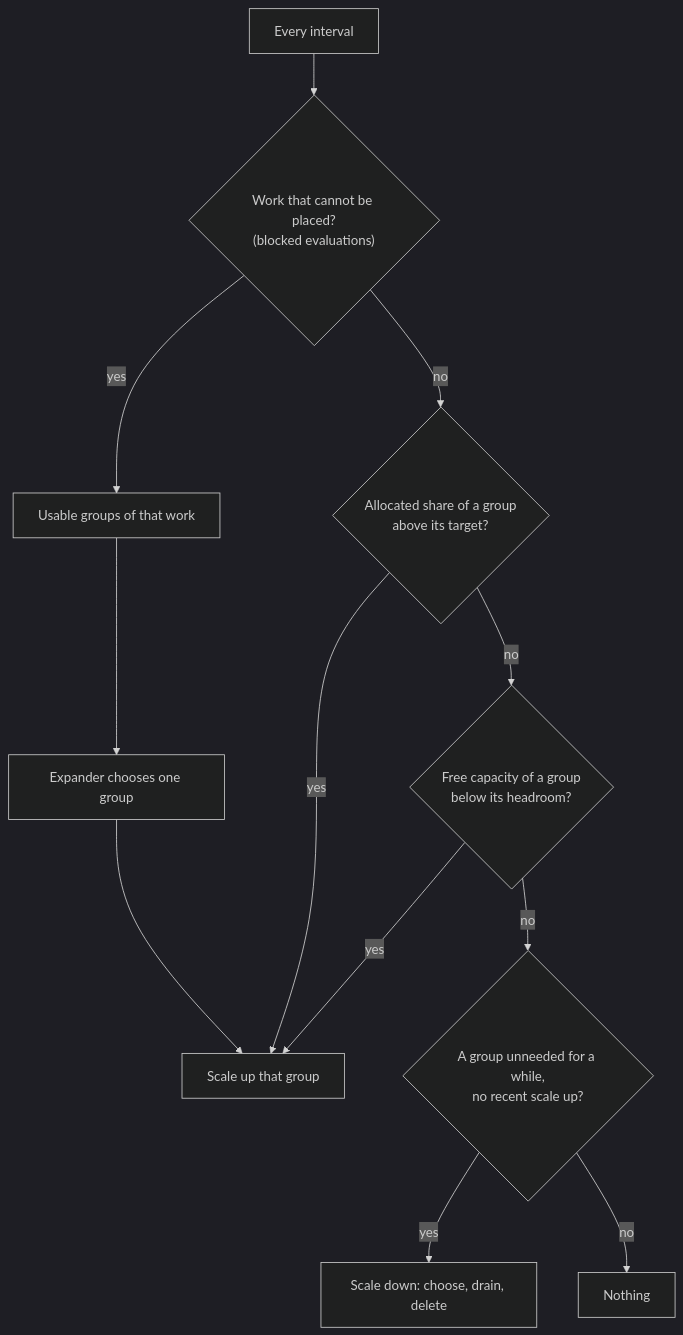
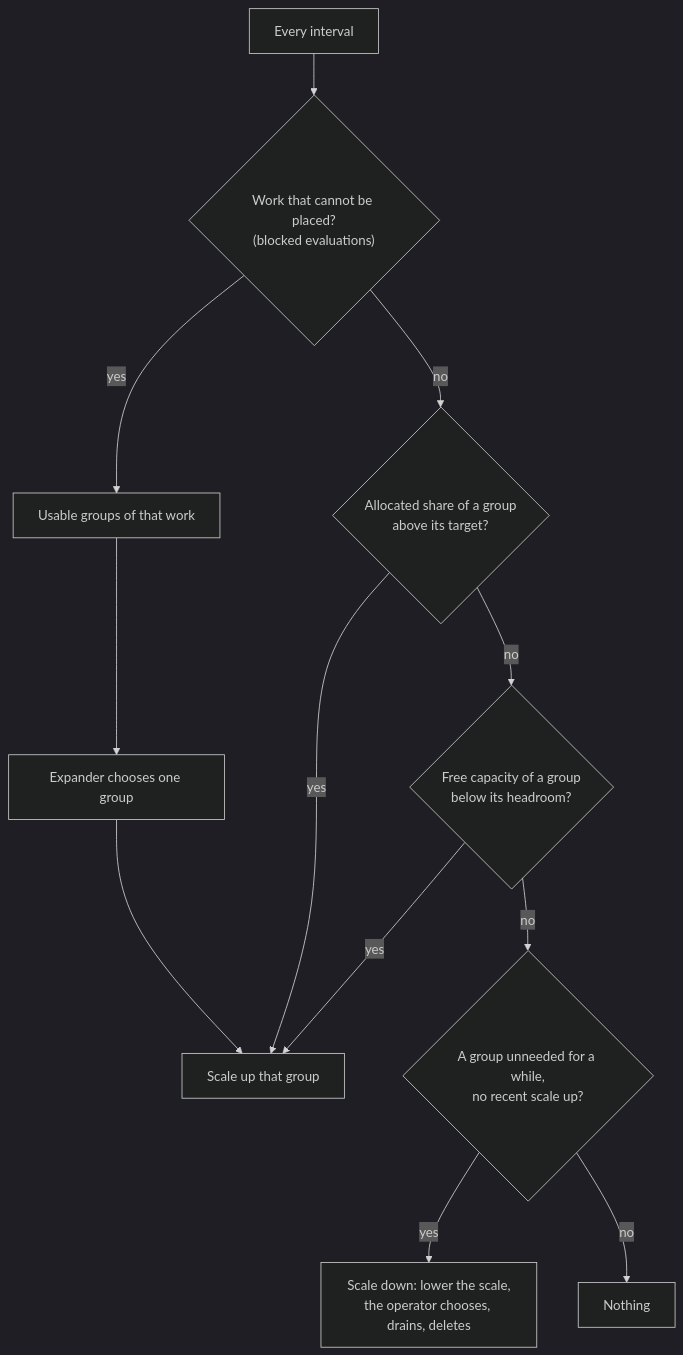
The seventh of 11 diagrams in content/docs/design/cluster-scaling-plan.md (bacanoo-io/norca-doc), drawn with Mermaid (dark theme) before and after one commit. The commit also changed other lines of this file and 2 other files, not shown here.

Commit message:
Cluster scaling plan: decision in the core, actuation in an operator; where to run a controller

````diff
--- a/content/docs/design/cluster-scaling-plan.md
+++ b/content/docs/design/cluster-scaling-plan.md
@@ -248,14 +312,14 @@
 ```mermaid
 flowchart TB
   T["Every interval"] --> B{"Work that cannot be placed?<br/>(blocked evaluations)"}
   B -- "yes" --> UG["Usable groups of that work"]
   UG --> X["Expander chooses one group"]
   X --> UP["Scale up that group"]
   B -- "no" --> A{"Allocated share of a group<br/>above its target?"}
   A -- "yes" --> UP
   A -- "no" --> H{"Free capacity of a group<br/>below its headroom?"}
   H -- "yes" --> UP
   H -- "no" --> D{"A group unneeded for a while,<br/>no recent scale up?"}
-  D -- "yes" --> S["Scale down: choose, drain, delete"]
+  D -- "yes" --> S["Scale down: lower the scale,<br/>the operator chooses, drains, deletes"]
   D -- "no" --> N["Nothing"]
 ```
````
